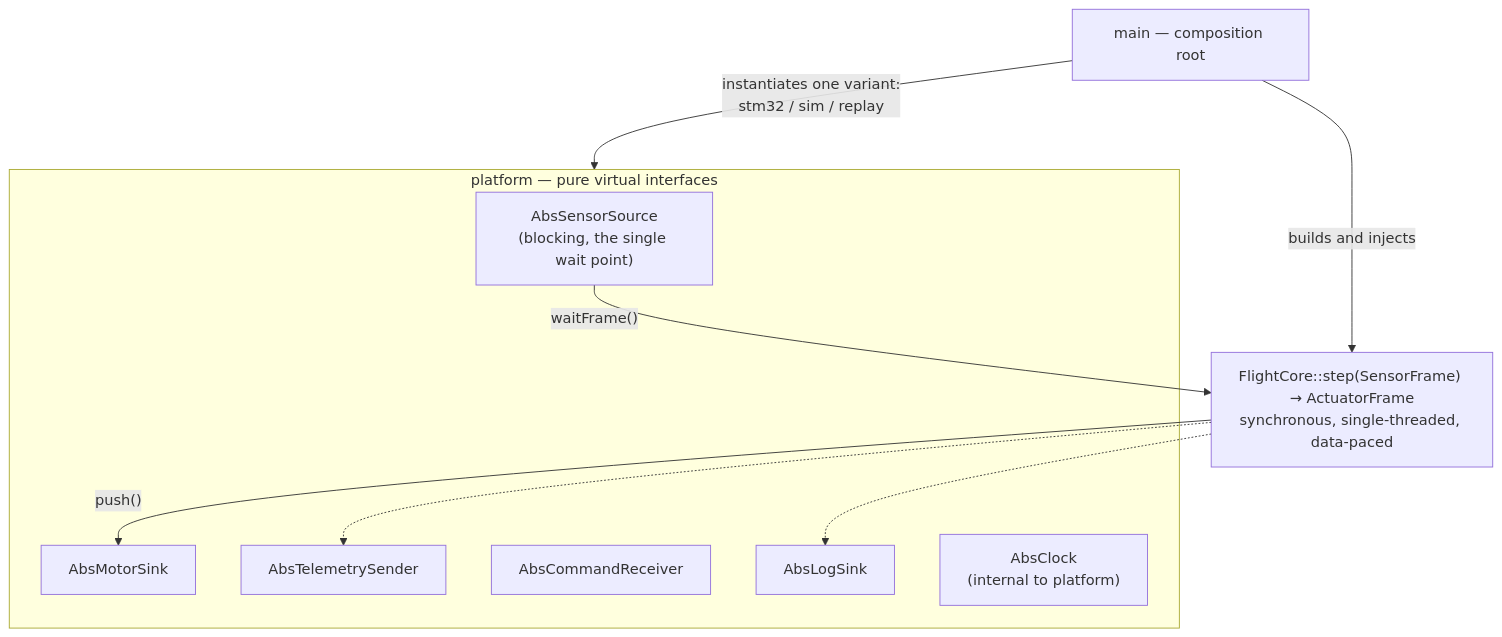
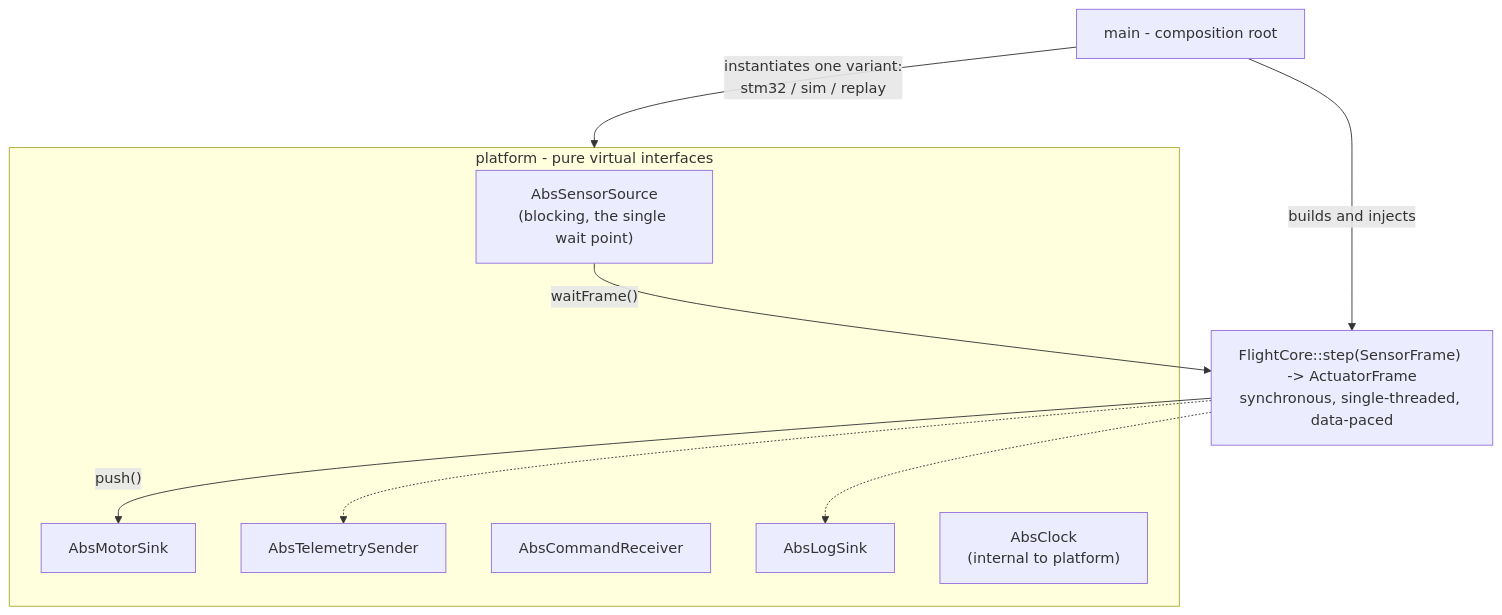
The second of 2 diagrams in docs/architecture.md (Keyrim/drone-mark4), drawn with Mermaid before and after one commit. The commit also changed other lines of this file and 17 other files, not shown here.

````diff
--- a/docs/architecture.md
+++ b/docs/architecture.md
@@ -45,21 +45,21 @@
 ```mermaid
 flowchart TB
-    MAIN["main — composition root"]
-    CORE["FlightCore::step(SensorFrame) → ActuatorFrame<br/>synchronous, single-threaded, data-paced"]
+    MAIN["main - composition root"]
+    CORE["FlightCore::step(SensorFrame) -> ActuatorFrame<br/>synchronous, single-threaded, data-paced"]
 
-    subgraph platform["platform — pure virtual interfaces"]
+    subgraph platform["platform - pure virtual interfaces"]
         SRC["AbsSensorSource<br/>(blocking, the single wait point)"]
         SINK["AbsMotorSink"]
         TEL["AbsTelemetrySender"]
         CMD["AbsCommandReceiver"]
         LOG["AbsLogSink"]
         CLK["AbsClock<br/>(internal to platform)"]
     end
 
     MAIN -->|"builds and injects"| CORE
     MAIN -->|"instantiates one variant:<br/>stm32 / sim / replay"| platform
     SRC -->|"waitFrame()"| CORE
     CORE -->|"push()"| SINK
     CORE -.-> TEL
     CORE -.-> LOG
 ```
````
